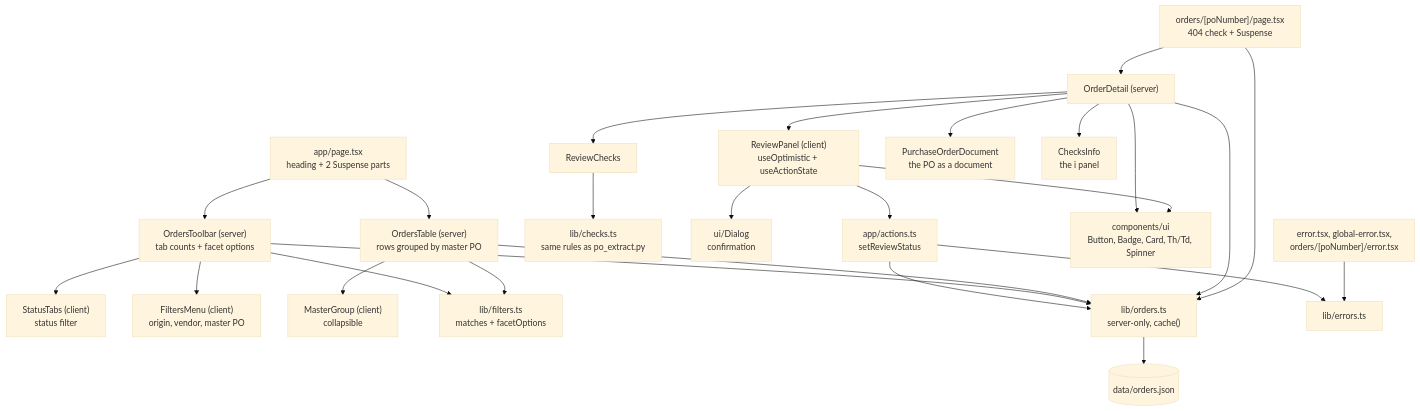
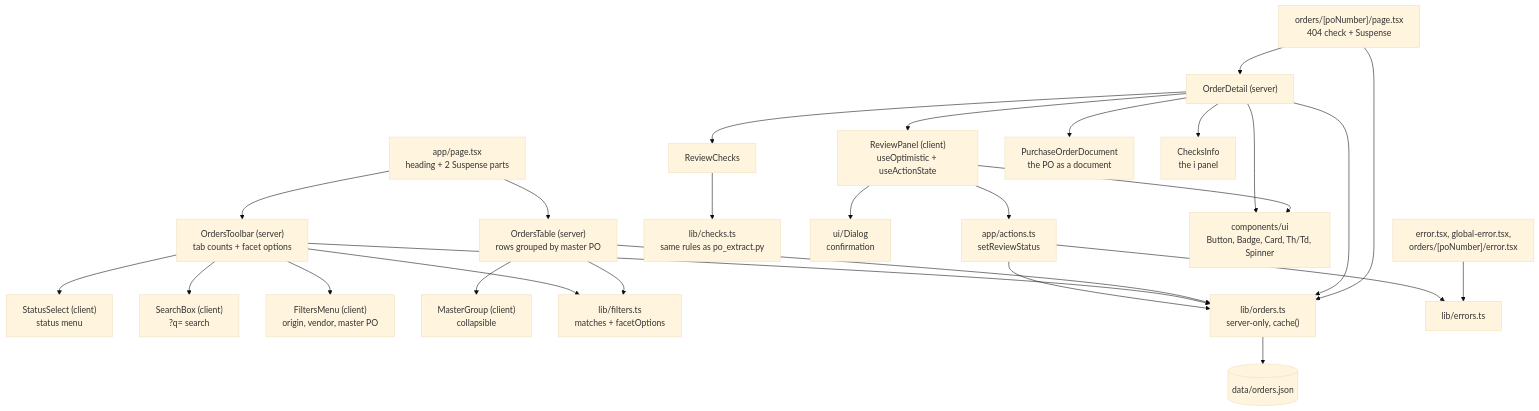
Before and after one commit to TRUPALIX9/bhf-take-home: the third of 10 diagrams in docs/DESIGN.md, drawn with Mermaid (base theme). The commit also changed other lines of this file and 26 other files, not shown here.

First line of the commit message:
Search on the list and the PO page; status menu; Revoke approval

````diff
--- a/docs/DESIGN.md
+++ b/docs/DESIGN.md
@@ -60,27 +60,28 @@
 ```mermaid
 flowchart TD
   List["app/page.tsx<br/>heading + 2 Suspense parts"] --> Toolbar["OrdersToolbar (server)<br/>tab counts + facet options"]
   List --> Table["OrdersTable (server)<br/>rows grouped by master PO"]
-  Toolbar --> Tabs["StatusTabs (client)<br/>status filter"]
+  Toolbar --> Tabs["StatusSelect (client)<br/>status menu"]
+  Toolbar --> SB["SearchBox (client)<br/>?q= search"]
   Toolbar --> FM["FiltersMenu (client)<br/>origin, vendor, master PO"]
   Table --> MG["MasterGroup (client)<br/>collapsible"]
   Toolbar --> F["lib/filters.ts<br/>matches + facetOptions"]
   Table --> F
   Detail["orders/[poNumber]/page.tsx<br/>404 check + Suspense"] --> OD["OrderDetail (server)"]
   OD --> Review["ReviewPanel (client)<br/>useOptimistic + useActionState"]
   OD --> Checks["ReviewChecks"] --> CK["lib/checks.ts<br/>same rules as po_extract.py"]
   OD --> Doc["PurchaseOrderDocument<br/>the PO as a document"]
   Review --> Dlg["ui/Dialog<br/>confirmation"]
   OD --> Info["ChecksInfo<br/>the i panel"]
   Review --> Action["app/actions.ts<br/>setReviewStatus"]
   OD --> UI["components/ui<br/>Button, Badge, Card, Th/Td, Spinner"]
   Review --> UI
   Action --> Orders["lib/orders.ts<br/>server-only, cache()"]
   Toolbar --> Orders
   Table --> Orders
   OD --> Orders
   Detail --> Orders
   Action --> Errors["lib/errors.ts"]
   Boundaries["error.tsx, global-error.tsx,<br/>orders/[poNumber]/error.tsx"] --> Errors
   Orders --> Seed[("data/orders.json")]
 ```
````
